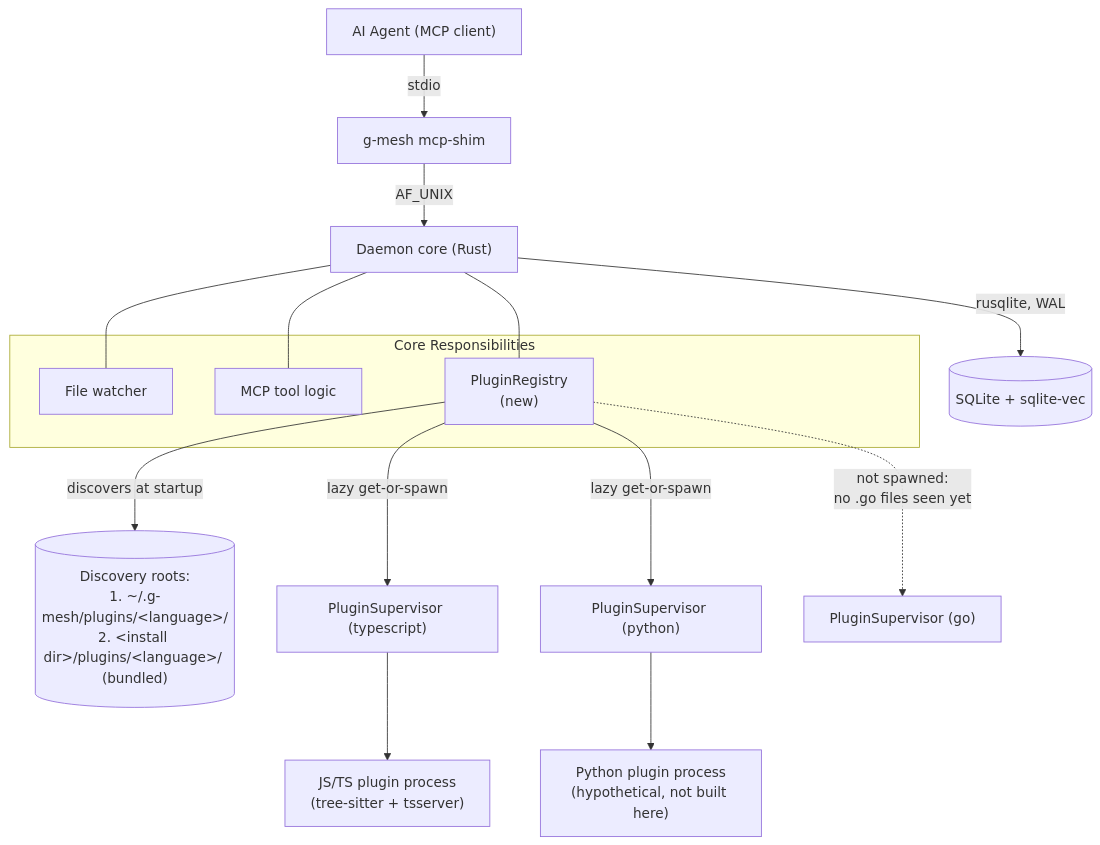
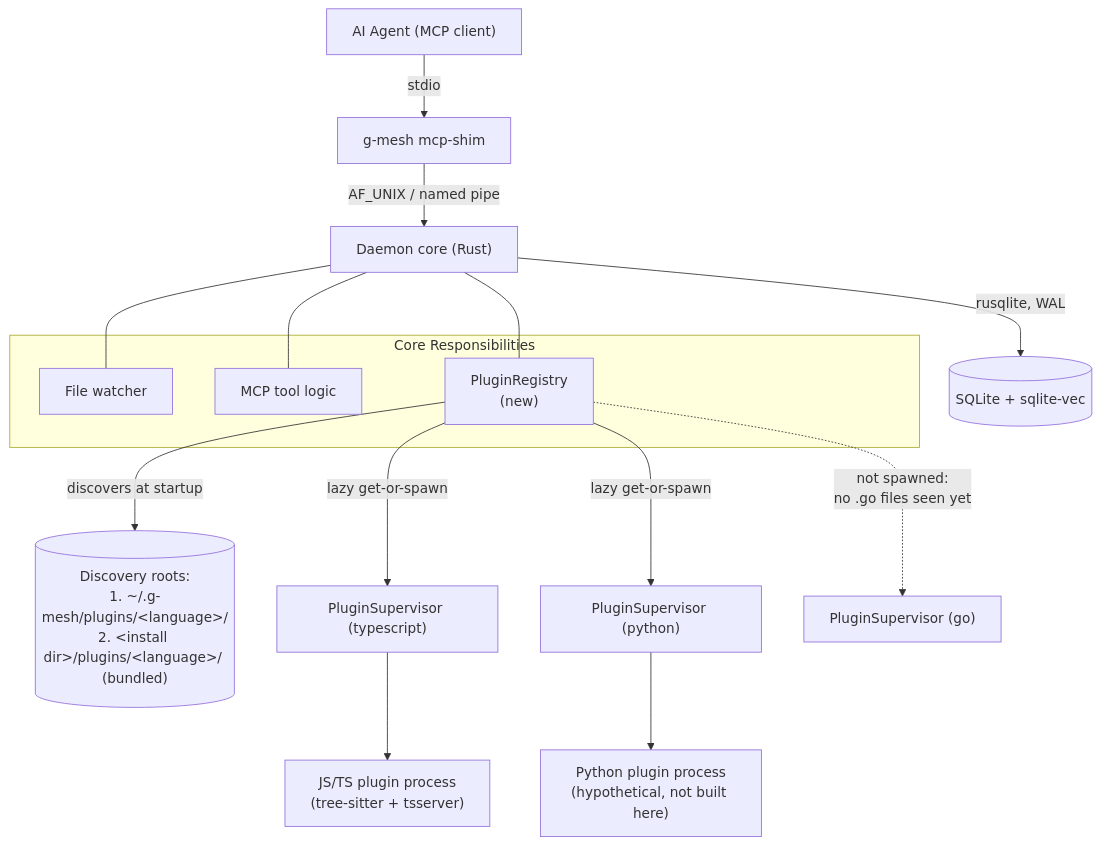
Before and after one commit to madmurdok/g-mesh: the first of 3 diagrams in docs/architecture/plugin-modularity.md, drawn with Mermaid. The commit also changed 2 other files, not shown here.

Commit message:
docs: stop REQUIREMENTS and diagrams contradicting the named-pipe and SEA decisions
The design doc recorded that Windows uses a named pipe (no 17063 floor) and
that bun cannot ship the plugin; REQUIREMENTS.md and two diagrams still said
otherwise. Mark both decisions as revised rather than rewriting history.

````diff
--- a/docs/architecture/plugin-modularity.md
+++ b/docs/architecture/plugin-modularity.md
@@ -121,25 +121,25 @@
 ```mermaid
 graph TD
     Agent["AI Agent (MCP client)"] -->|stdio| Shim["g-mesh mcp-shim"]
-    Shim -->|AF_UNIX| Core["Daemon core (Rust)"]
+    Shim -->|AF_UNIX / named pipe| Core["Daemon core (Rust)"]
 
     subgraph Core Responsibilities
         Watcher["File watcher"]
         ToolLogic["MCP tool logic"]
         Registry["PluginRegistry<br/>(new)"]
     end
     Core --- Watcher
     Core --- ToolLogic
     Core --- Registry
 
     Registry -->|discovers at startup| Roots[("Discovery roots:<br/>1. ~/.g-mesh/plugins/&lt;language&gt;/<br/>2. &lt;install dir&gt;/plugins/&lt;language&gt;/ (bundled)")]
 
     Registry -->|lazy get-or-spawn| SupA["PluginSupervisor (typescript)"]
     Registry -->|lazy get-or-spawn| SupB["PluginSupervisor (python)"]
     Registry -.->|not spawned:<br/>no .go files seen yet| SupC["PluginSupervisor (go)"]
 
     SupA --> ProcA["JS/TS plugin process<br/>(tree-sitter + tsserver)"]
     SupB --> ProcB["Python plugin process<br/>(hypothetical, not built here)"]
 
     Core -->|rusqlite, WAL| DB[("SQLite + sqlite-vec")]
 ```
````
